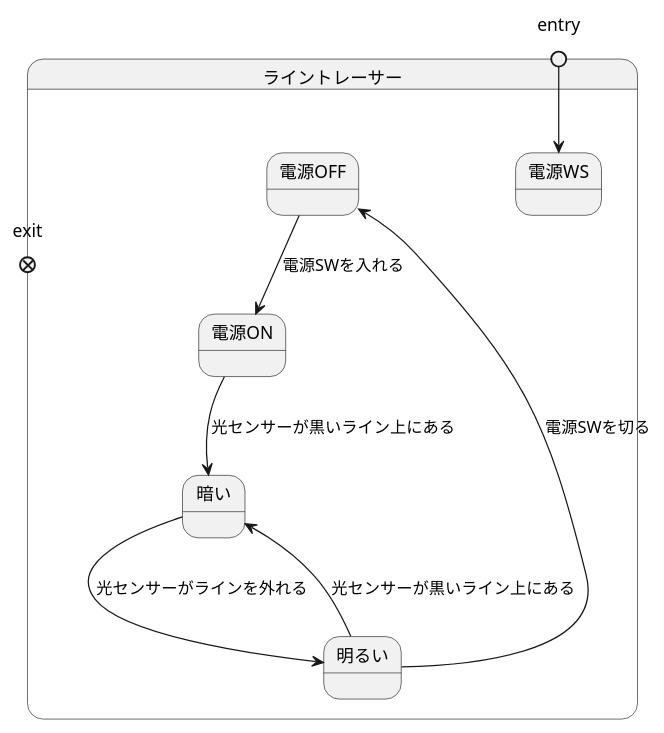
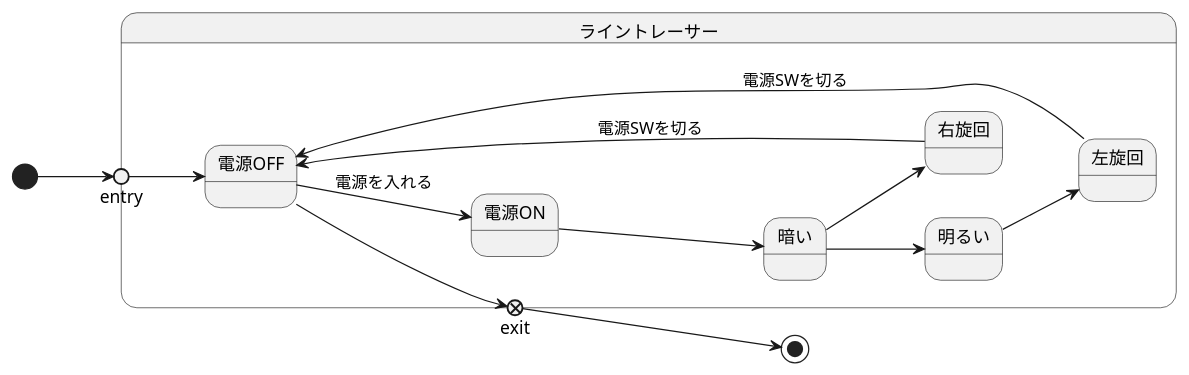
One commit to useruser0123/uml-introduction changed the diagram in 演習6-5-3_ステートマシン図_ライントレーサー.pu. Above: the diagram before and after it, drawn with PlantUML.

Commit message:
演習6-5-3

```diff
--- a/演習6-5-3_ステートマシン図_ライントレーサー.pu
+++ b/演習6-5-3_ステートマシン図_ライントレーサー.pu
@@ -1,17 +1,21 @@
 @startuml
-
+left to right direction
 
 state ライントレーサー{
 state entry <<entryPoint>>
 state exit <<exitPoint>>
 
-entry --> 電源WS
-電源OFF --> 電源ON : 電源SWを入れる
-電源ON --> 暗い : 光センサーが黒いライン上にある
-暗い --> 明るい : 光センサーがラインを外れる
-明るい --> 暗い : 光センサーが黒いライン上にある
-明るい --> 電源OFF : 電源SWを切る
-
+entry --> 電源OFF
+電源OFF --> 電源ON : 電源を入れる
+電源ON --> 暗い 
+暗い --> 右旋回 
+明るい --> 左旋回
+暗い --> 明るい
+右旋回 --> 電源OFF : 電源SWを切る
+左旋回 --> 電源OFF : 電源SWを切る
+電源OFF --> exit
 }
+[*] --> entry
+exit --> [*]
 
 @enduml
```
